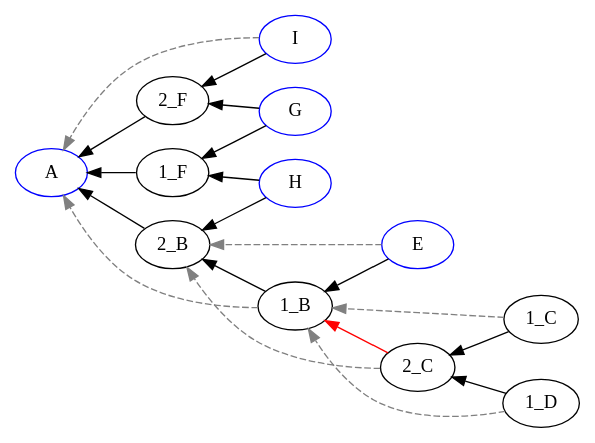
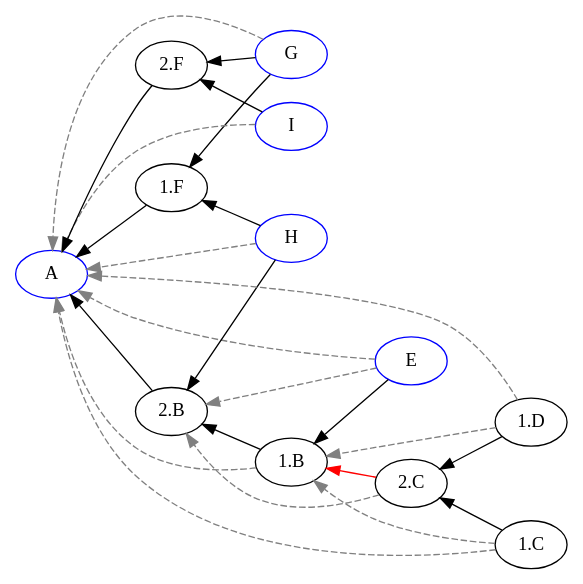
One commit to EulerProject/EulerX changed the diagram in example/output/abstract/abstract.dot. Above: the diagram before and after it, drawn with Graphviz. The commit also changed 30 other files, not shown here.

```diff
--- a/example/output/abstract/abstract.dot
+++ b/example/output/abstract/abstract.dot
@@ -1,29 +1,34 @@
 digraph {
 
 rankdir = RL
 
 "A" [color=blue];
 "E" [color=blue];
 "G" [color=blue];
 "H" [color=blue];
 "I" [color=blue];
-"1_B" -> "2_B" [style=filled, color=black];
-"1_C" -> "2_C" [style=filled, color=black];
-"1_D" -> "2_C" [style=filled, color=black];
-"2_C" -> "1_B" [style=filled, color=red];
-"1_F" -> "A" [style=filled, color=black];
-"2_B" -> "A" [style=filled, color=black];
-"2_F" -> "A" [style=filled, color=black];
-"E" -> "1_B" [style=filled, color=black];
-"G" -> "1_F" [style=filled, color=black];
-"G" -> "2_F" [style=filled, color=black];
-"H" -> "1_F" [style=filled, color=black];
-"H" -> "2_B" [style=filled, color=black];
-"I" -> "2_F" [style=filled, color=black];
-"1_B" -> "A" [style=dashed, color=grey];
-"1_C" -> "1_B" [style=dashed, color=grey];
-"1_D" -> "1_B" [style=dashed, color=grey];
-"2_C" -> "2_B" [style=dashed, color=grey];
-"E" -> "2_B" [style=dashed, color=grey];
+"1.B" -> "2.B" [style=filled, color=black];
+"1.C" -> "2.C" [style=filled, color=black];
+"1.D" -> "2.C" [style=filled, color=black];
+"2.C" -> "1.B" [style=filled, color=red];
+"2.B" -> "A" [style=filled, color=black];
+"2.F" -> "A" [style=filled, color=black];
+"1.F" -> "A" [style=filled, color=black];
+"E" -> "1.B" [style=filled, color=black];
+"G" -> "1.F" [style=filled, color=black];
+"G" -> "2.F" [style=filled, color=black];
+"H" -> "1.F" [style=filled, color=black];
+"H" -> "2.B" [style=filled, color=black];
+"I" -> "2.F" [style=filled, color=black];
+"1.C" -> "A" [style=dashed, color=grey];
+"1.D" -> "A" [style=dashed, color=grey];
+"1.B" -> "A" [style=dashed, color=grey];
+"1.C" -> "1.B" [style=dashed, color=grey];
+"1.D" -> "1.B" [style=dashed, color=grey];
+"2.C" -> "2.B" [style=dashed, color=grey];
+"E" -> "2.B" [style=dashed, color=grey];
+"E" -> "A" [style=dashed, color=grey];
+"G" -> "A" [style=dashed, color=grey];
+"H" -> "A" [style=dashed, color=grey];
 "I" -> "A" [style=dashed, color=grey];
 }
```
